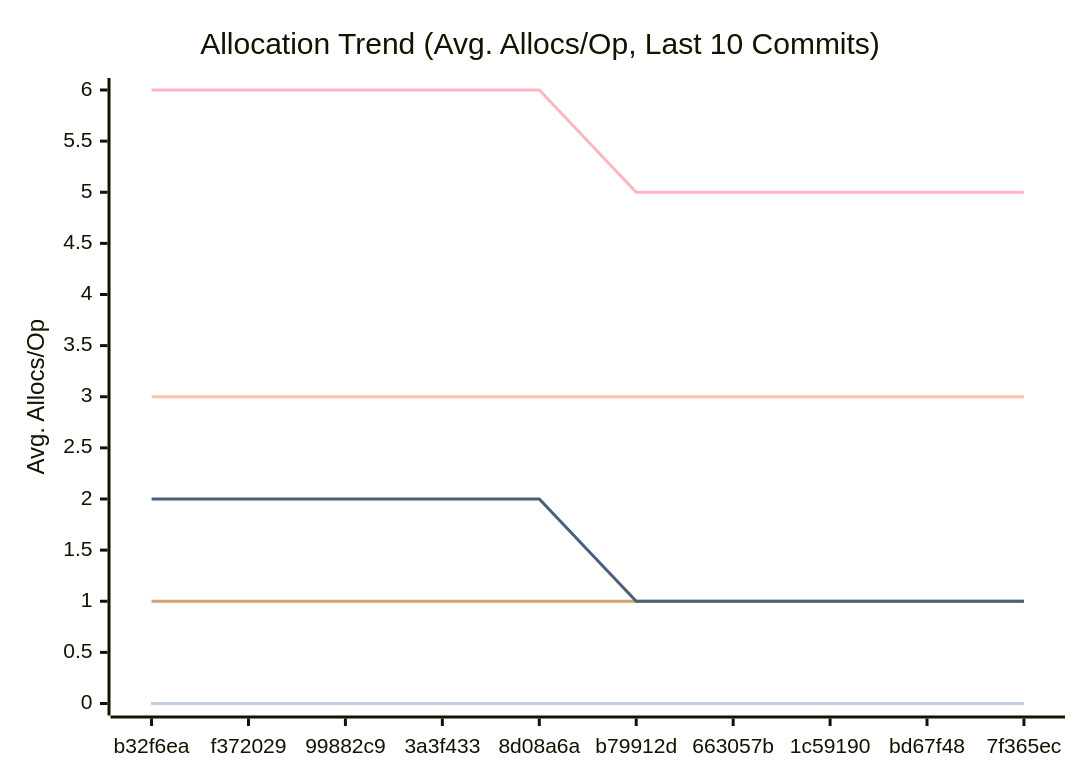
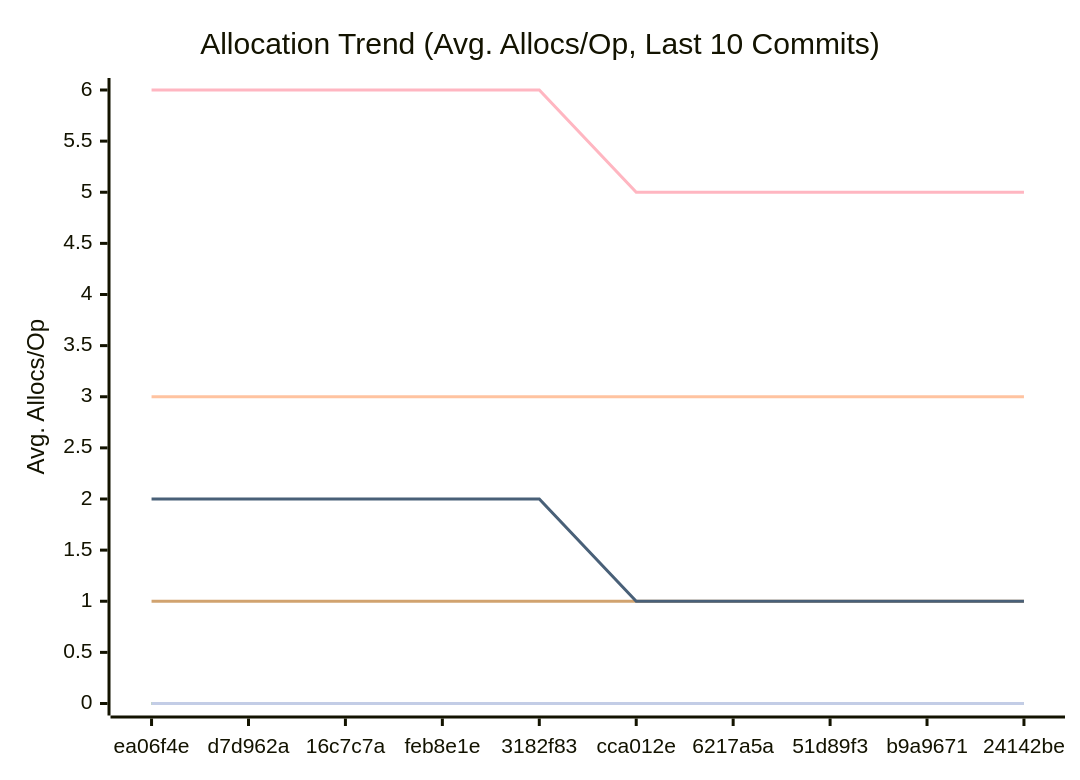
The third of 3 diagrams in docs/PERFORMANCE.md (alsotoes/momo), drawn with Mermaid before and after one commit. The commit also changed other lines of this file and 23 other files, not shown here.

````diff
--- a/docs/PERFORMANCE.md
+++ b/docs/PERFORMANCE.md
@@ -114,16 +114,16 @@
 ```mermaid
 xychart-beta
     title "Allocation Trend (Avg. Allocs/Op, Last 10 Commits)"
     x-axis "Commit"
     y-axis "Avg. Allocs/Op"
-    x-axis [b32f6ea,f372029,99882c9,3a3f433,8d08a6a,b79912d,663057b,1c59190,bd67f48,7f365ec]
+    x-axis [ea06f4e,d7d962a,16c7c7a,feb8e1e,3182f83,cca012e,6217a5a,51d89f3,b9a9671,24142be]
     line "CheckMetricsAndSwap" [0,0,0,0,0,0,0,0,0,0]
     line "CrushOptimized" [0,0,0,0,0,0,0,0,0,0]
     line "CrushOriginal" [3,3,3,3,3,3,3,3,3,3]
     line "IndexDirectTracking" [0,0,0,0,0,0,0,0,0,0]
     line "IndexSearch" [0,0,0,0,0,0,0,0,0,0]
     line "LoadGlobalConfig" [1,1,1,1,1,1,1,1,1,1]
     line "PadString" [0,0,0,0,0,0,0,0,0,0]
     line "ParseReplicationOrder_NoPrealloc" [6,6,6,6,6,5,5,5,5,5]
     line "ParseReplicationOrder_Prealloc" [2,2,2,2,2,1,1,1,1,1]
 ```
````
